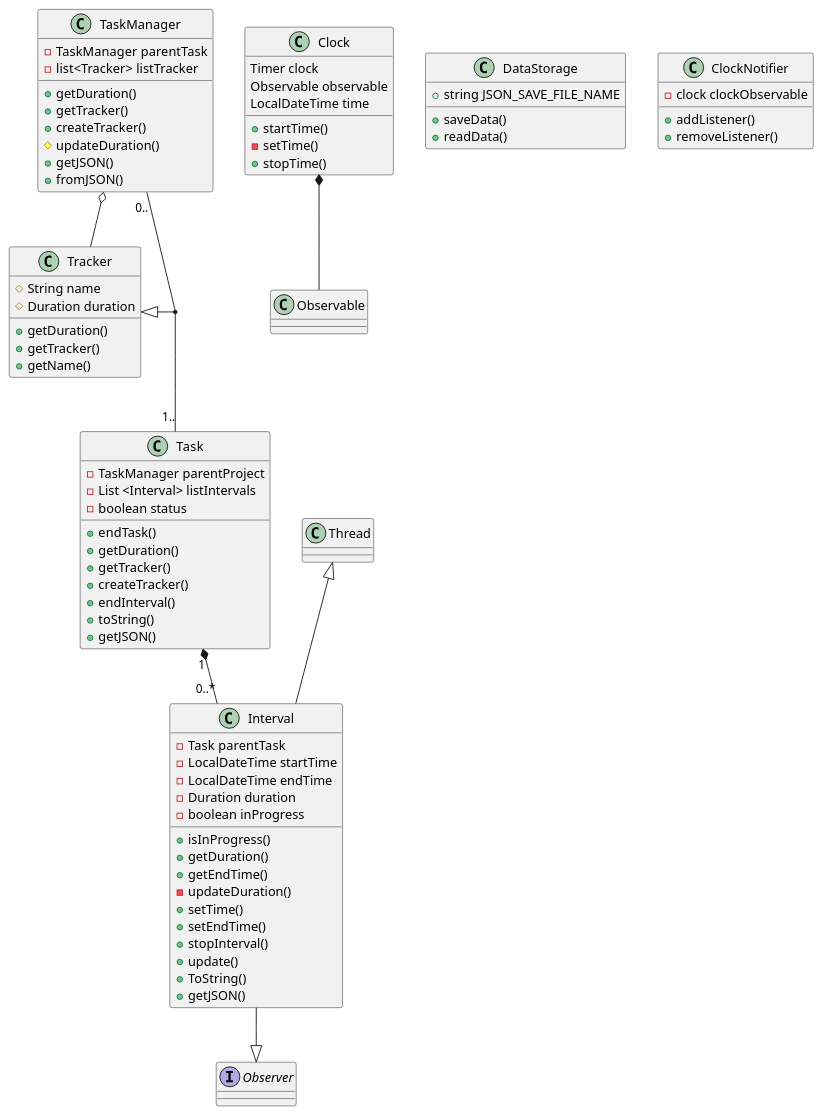
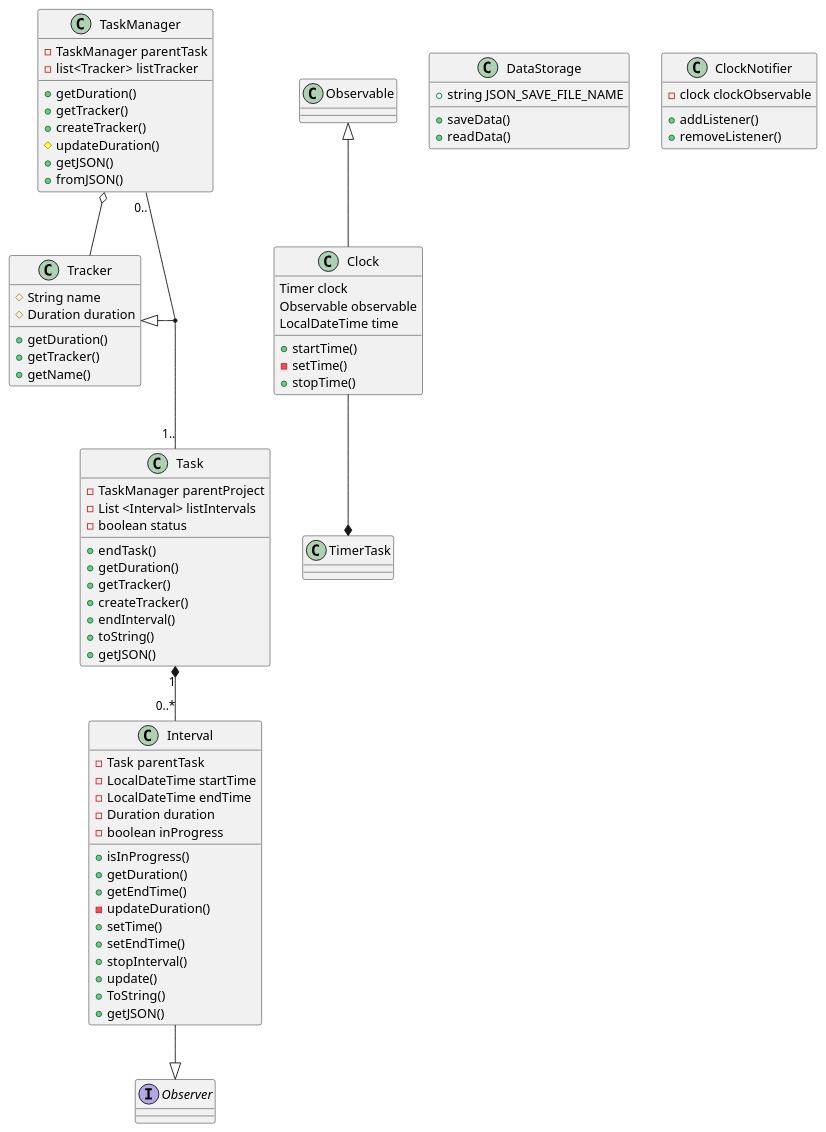
Before and after one commit to kumarbhupi/time_tracker: the diagram in src/main/java/time_tracker.puml, drawn with PlantUML. The commit also changed 4 other files, not shown here.

```diff
--- a/src/main/java/time_tracker.puml
+++ b/src/main/java/time_tracker.puml
@@ -1,87 +1,87 @@
 @startuml
 class Tracker{
 #String name
 #Duration duration
 +getDuration()
 +getTracker()
 +getName()
 }
 
 class TaskManager{
 -TaskManager parentTask
 -list<Tracker> listTracker
 +getDuration()
 +getTracker()
 +createTracker()
 #updateDuration()
 +getJSON()
 +fromJSON()
 }
 
 class Task{
 -TaskManager parentProject
 -List <Interval> listIntervals
 -boolean status
 +endTask()
 +getDuration()
 +getTracker()
 +createTracker()
 +endInterval()
 +toString()
 +getJSON()
 }
 
 class Interval{
 -Task parentTask
 -LocalDateTime startTime
 -LocalDateTime endTime
 -Duration duration
 -boolean inProgress
 +isInProgress()
 +getDuration()
 +getEndTime()
 -updateDuration()
 +setTime()
 +setEndTime()
 +stopInterval()
 +update()
 +ToString()
 +getJSON()
 }
 
 Interface Observer
 
 Class Observable
 
 class Clock{
 +startTime()
 -setTime()
 +stopTime()
 Timer clock
 Observable observable
 LocalDateTime time
 }
 
 class DataStorage{
 +string JSON_SAVE_FILE_NAME
 +saveData()
 +readData()
 }
 
-class Thread
-
 class ClockNotifier{
 -clock clockObservable
 +addListener()
 +removeListener()
 }
 
 TaskManager"0.." -- "1.." Task
 Tracker<|--(TaskManager, Task)
 Task"1"*--"0..*"Interval
 Interval--|>Observer
 TaskManager o--Tracker
-Clock*--Observable
-Thread <|-- Interval
+Observable <|-- Clock
+Clock --* TimerTask
+
+
 
 @enduml
```
